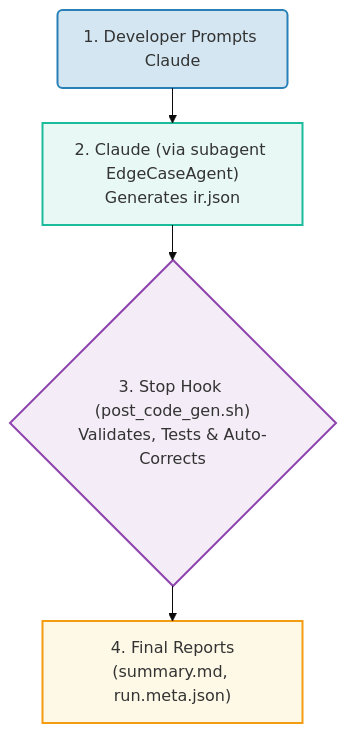
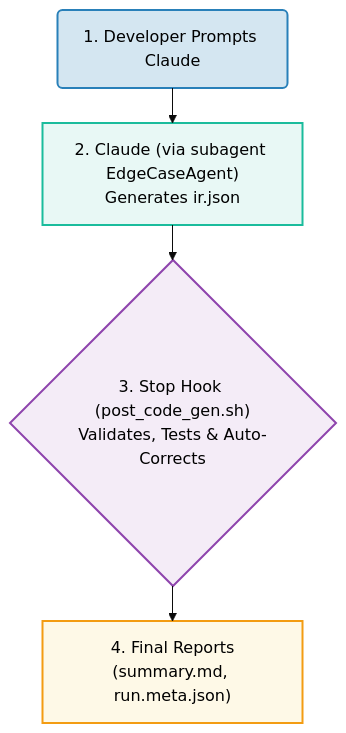
The diagram in README.md (abean23/claude-code-agent-hooks), drawn with Mermaid (base theme) before and after one commit. The commit also changed other lines of this file and 9 other files, not shown here.

````diff
--- a/README.md
+++ b/README.md
@@ -33,17 +33,23 @@
 ```mermaid
 %%{init: { "flowchart": { "defaultRenderer": "elk" } } }%%
 flowchart TD
     classDef actor fill:#d4e6f1,stroke:#2980b9,stroke-width:2px;
     classDef process fill:#e8f8f5,stroke:#1abc9c,stroke-width:2px;
     classDef artifact fill:#fef9e7,stroke:#f39c12,stroke-width:2px;
     classDef hook fill:#f4ecf7,stroke:#8e44ad,stroke-width:2px;
 
     A(1. Developer Prompts Claude) --> B["2. Claude (via subagent EdgeCaseAgent)<br>Generates ir.json"];
     B --> C{"3. Stop Hook (post_code_gen.sh)<br>Validates, Tests & Auto-Corrects"};
     C --> D["4. Final Reports<br>(summary.md, run.meta.json)"];
 
     class A actor;
     class B process;
     class C hook;
     class D artifact;
+
+    %% Force all text to black
+    style A fill:#d4e6f1,stroke:#2980b9,stroke-width:2px,color:#000000;
+    style B fill:#e8f8f5,stroke:#1abc9c,stroke-width:2px,color:#000000;
+    style C fill:#f4ecf7,stroke:#8e44ad,stroke-width:2px,color:#000000;
+    style D fill:#fef9e7,stroke:#f39c12,stroke-width:2px,color:#000000;
 ```
````
